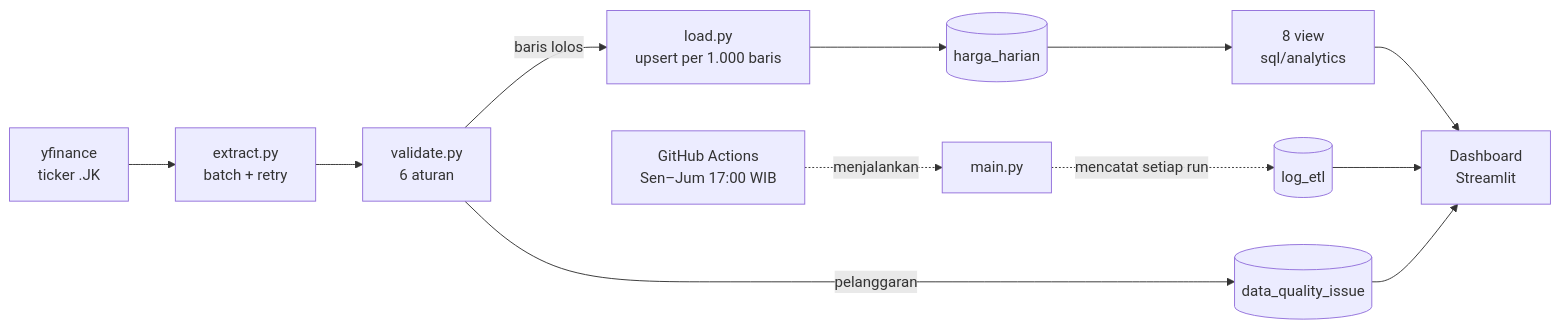
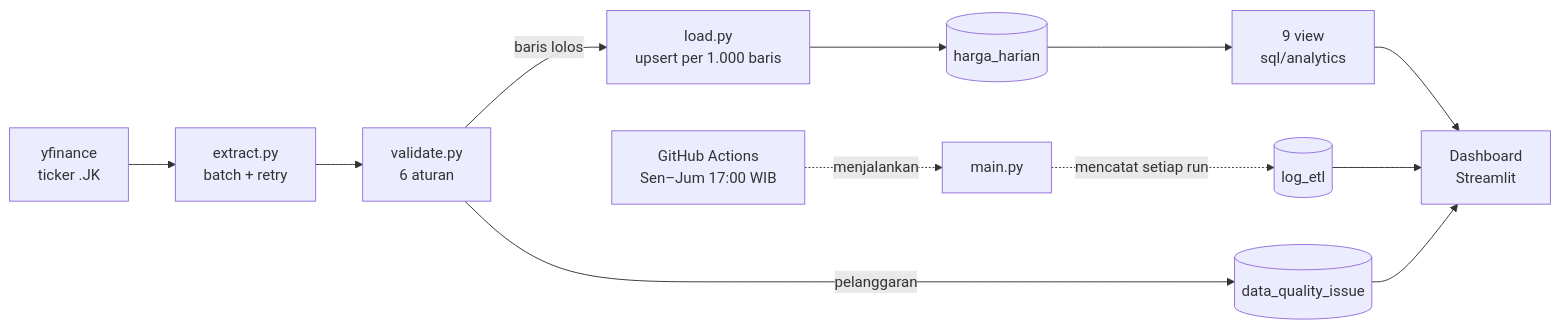
The diagram in README.md (sahatsss/IDX_ETL), drawn with Mermaid before and after one commit. The commit also changed other lines of this file and 20 other files, not shown here.

````diff
--- a/README.md
+++ b/README.md
@@ -21,14 +21,14 @@
 ```mermaid
 flowchart LR
     YF[yfinance<br/>ticker .JK] --> EX[extract.py<br/>batch + retry]
     EX --> VA[validate.py<br/>6 aturan]
     VA -->|baris lolos| LO[load.py<br/>upsert per 1.000 baris]
     VA -->|pelanggaran| DQ[(data_quality_issue)]
     LO --> HH[(harga_harian)]
     MAIN[main.py] -. mencatat setiap run .-> LOG[(log_etl)]
-    HH --> VW[8 view<br/>sql/analytics]
+    HH --> VW[9 view<br/>sql/analytics]
     VW --> DB[Dashboard<br/>Streamlit]
     LOG --> DB
     DQ --> DB
     GA[GitHub Actions<br/>Sen–Jum 17:00 WIB] -. menjalankan .-> MAIN
 ```
````
